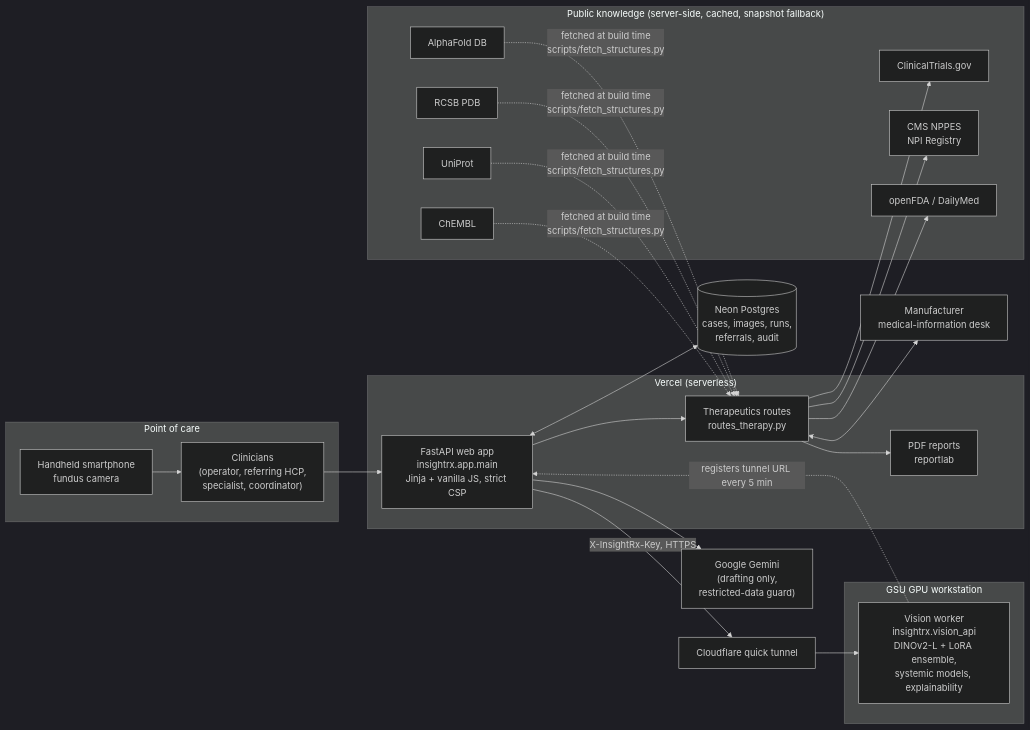
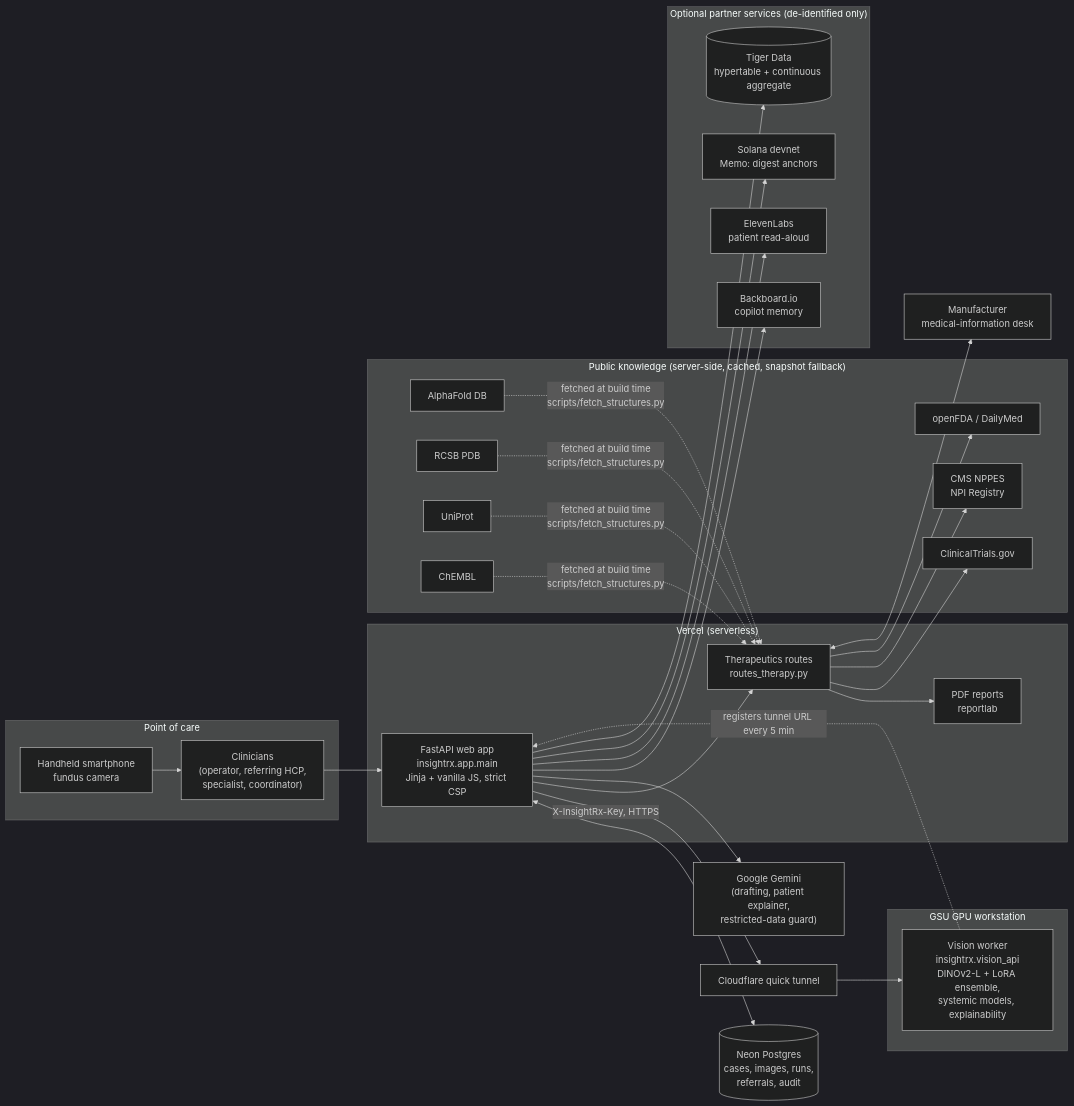
Before and after one commit to Aasrith-Mandava/hackgt13: the first of 5 diagrams in docs/ARCHITECTURE.md, drawn with Mermaid (dark theme). The commit also changed other lines of this file and 94 other files, not shown here.

First line of the commit message:
Update Insight Rx: Copilot, portable ONNX inference, MLH integrations and new theme

````diff
--- a/docs/ARCHITECTURE.md
+++ b/docs/ARCHITECTURE.md
@@ -21,43 +21,50 @@
 ```mermaid
 flowchart LR
   subgraph Clinic["Point of care"]
     CAM["Handheld smartphone<br/>fundus camera"]
     HCP["Clinicians<br/>(operator, referring HCP,<br/>specialist, coordinator)"]
   end
 
   subgraph Vercel["Vercel (serverless)"]
     APP["FastAPI web app<br/>insightrx.app.main<br/>Jinja + vanilla JS, strict CSP"]
     RT["Therapeutics routes<br/>routes_therapy.py"]
     PDF["PDF reports<br/>reportlab"]
   end
 
   DB[("Neon Postgres<br/>cases, images, runs,<br/>referrals, audit")]
 
   subgraph GPU["GSU GPU workstation"]
     VW["Vision worker<br/>insightrx.vision_api<br/>DINOv2-L + LoRA ensemble,<br/>systemic models, explainability"]
   end
   CF["Cloudflare quick tunnel"]
 
   subgraph Public["Public knowledge (server-side, cached, snapshot fallback)"]
     AF["AlphaFold DB"]
     PDB["RCSB PDB"]
     UNI["UniProt"]
     CH["ChEMBL"]
     CT["ClinicalTrials.gov"]
     NPI["CMS NPPES<br/>NPI Registry"]
     FDA["openFDA / DailyMed"]
   end
 
-  GEM["Google Gemini<br/>(drafting only,<br/>restricted-data guard)"]
+  GEM["Google Gemini<br/>(drafting, patient explainer,<br/>restricted-data guard)"]
+  subgraph MLH["Optional partner services (de-identified only)"]
+    BB["Backboard.io<br/>copilot memory"]
+    EL["ElevenLabs<br/>patient read-aloud"]
+    SOL["Solana devnet<br/>Memo: digest anchors"]
+    TIG[("Tiger Data<br/>hypertable + continuous aggregate")]
+  end
   DESK["Manufacturer<br/>medical-information desk"]
 
   CAM --> HCP --> APP
   APP <--> DB
   APP -- "X-InsightRx-Key, HTTPS" --> CF --> VW
   VW -. "registers tunnel URL every 5 min" .-> APP
   APP --> RT --> PDF
   RT --> CT & NPI & FDA
   AF & PDB & UNI & CH -. "fetched at build time<br/>scripts/fetch_structures.py" .-> RT
   APP --> GEM
+  APP --> BB & EL & SOL & TIG
   RT <--> DESK
 ```
````
